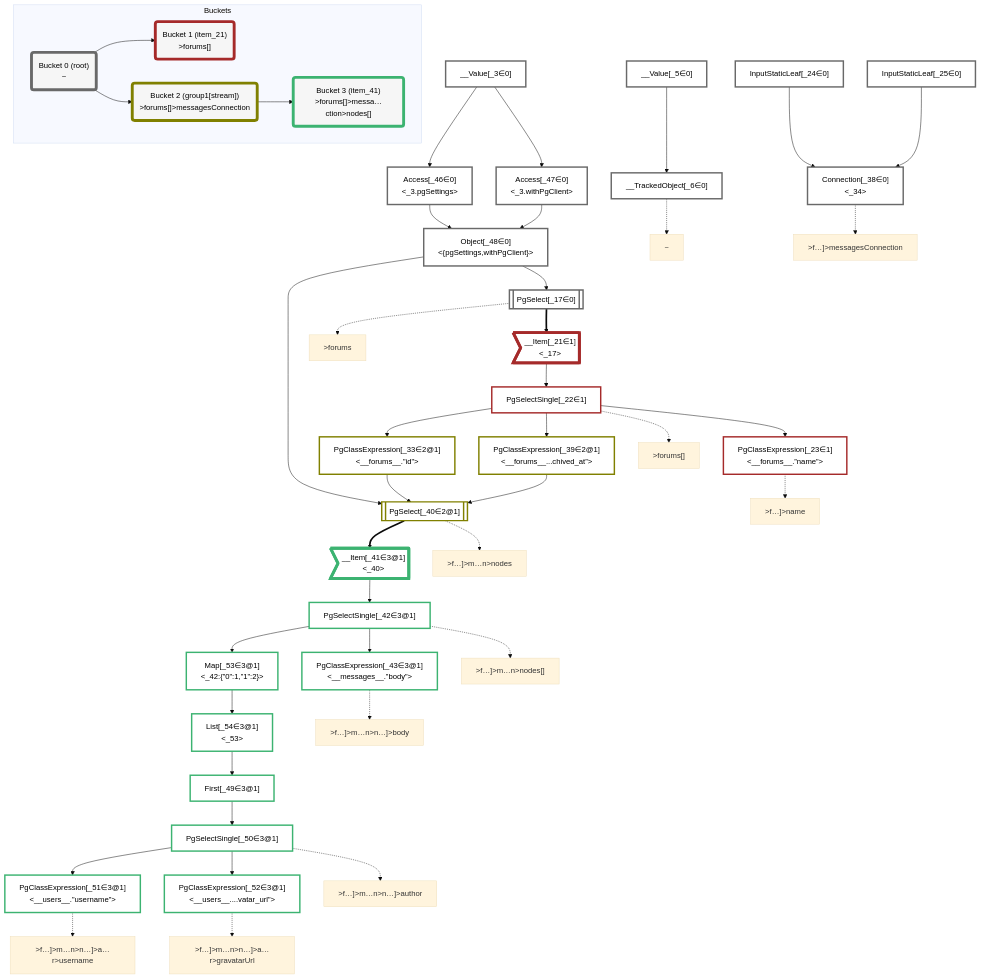
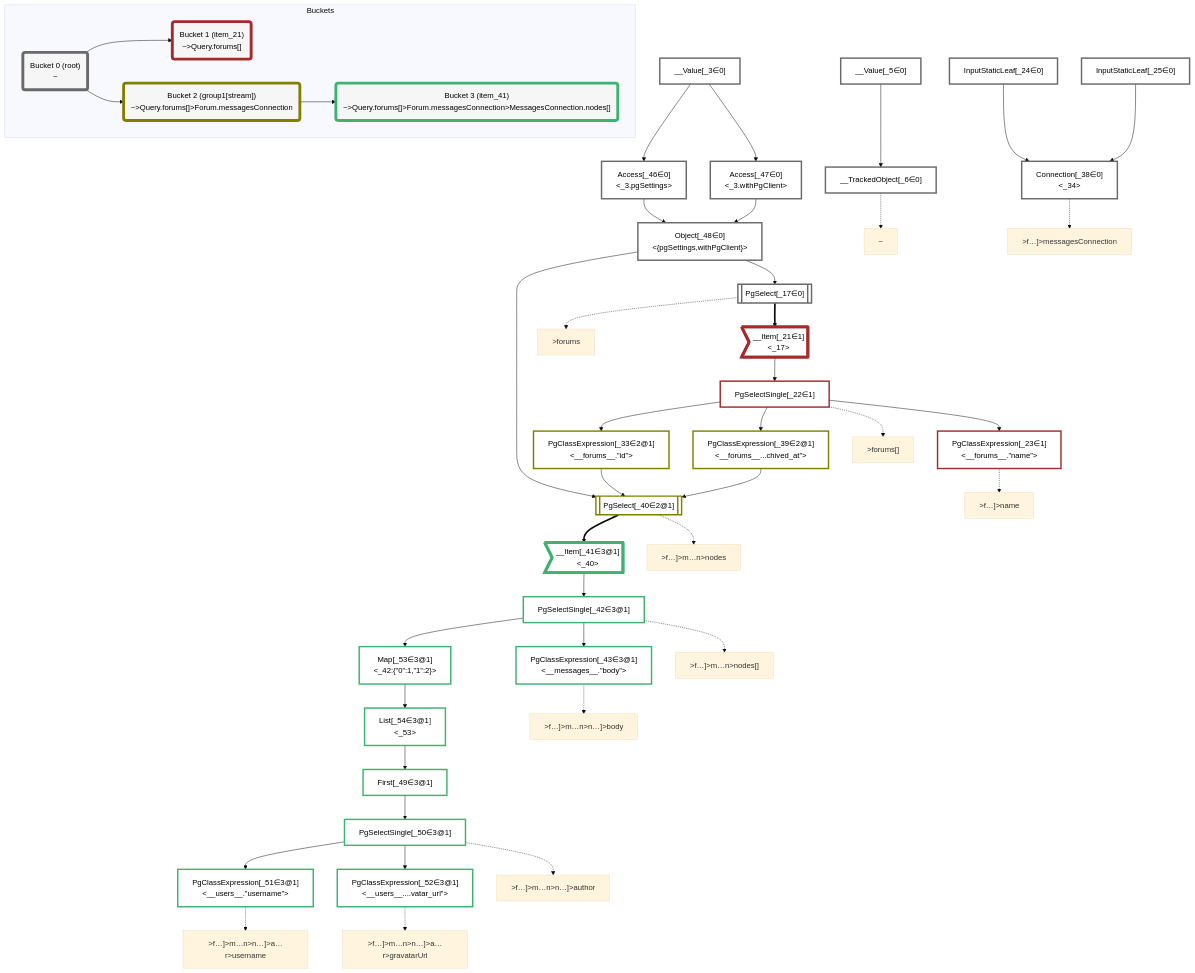
The diagram in packages/dataplan-pg/__tests__/queries/conditions/archived-forum-inherited-messages.stream-1.mermaid.md (graphile/crystal), drawn with Mermaid (base theme) before and after one commit. The commit also changed 141 other files, not shown here.

```diff
--- a/packages/dataplan-pg/__tests__/queries/conditions/archived-forum-inherited-messages.stream-1.mermaid.md
+++ b/packages/dataplan-pg/__tests__/queries/conditions/archived-forum-inherited-messages.stream-1.mermaid.md
@@ -98,13 +98,13 @@
     subgraph Buckets
     Bucket0("Bucket 0 (root)<br />~"):::bucket
     style Bucket0 stroke:#696969
-    Bucket1("Bucket 1 (item_21)<br />>forums[]"):::bucket
+    Bucket1("Bucket 1 (item_21)<br />~>Query.forums[]"):::bucket
     style Bucket1 stroke:#a52a2a
     Bucket0 --> Bucket1
-    Bucket2("Bucket 2 (group1[stream])<br />>forums[]>messagesConnection"):::bucket
+    Bucket2("Bucket 2 (group1[stream])<br />~>Query.forums[]>Forum.messagesConnection"):::bucket
     style Bucket2 stroke:#808000
     Bucket0 --> Bucket2
-    Bucket3("Bucket 3 (item_41)<br />>forums[]>messa…ction>nodes[]"):::bucket
+    Bucket3("Bucket 3 (item_41)<br />~>Query.forums[]>Forum.messagesConnection>MessagesConnection.nodes[]"):::bucket
     style Bucket3 stroke:#3cb371
     Bucket2 --> Bucket3
     end
```
